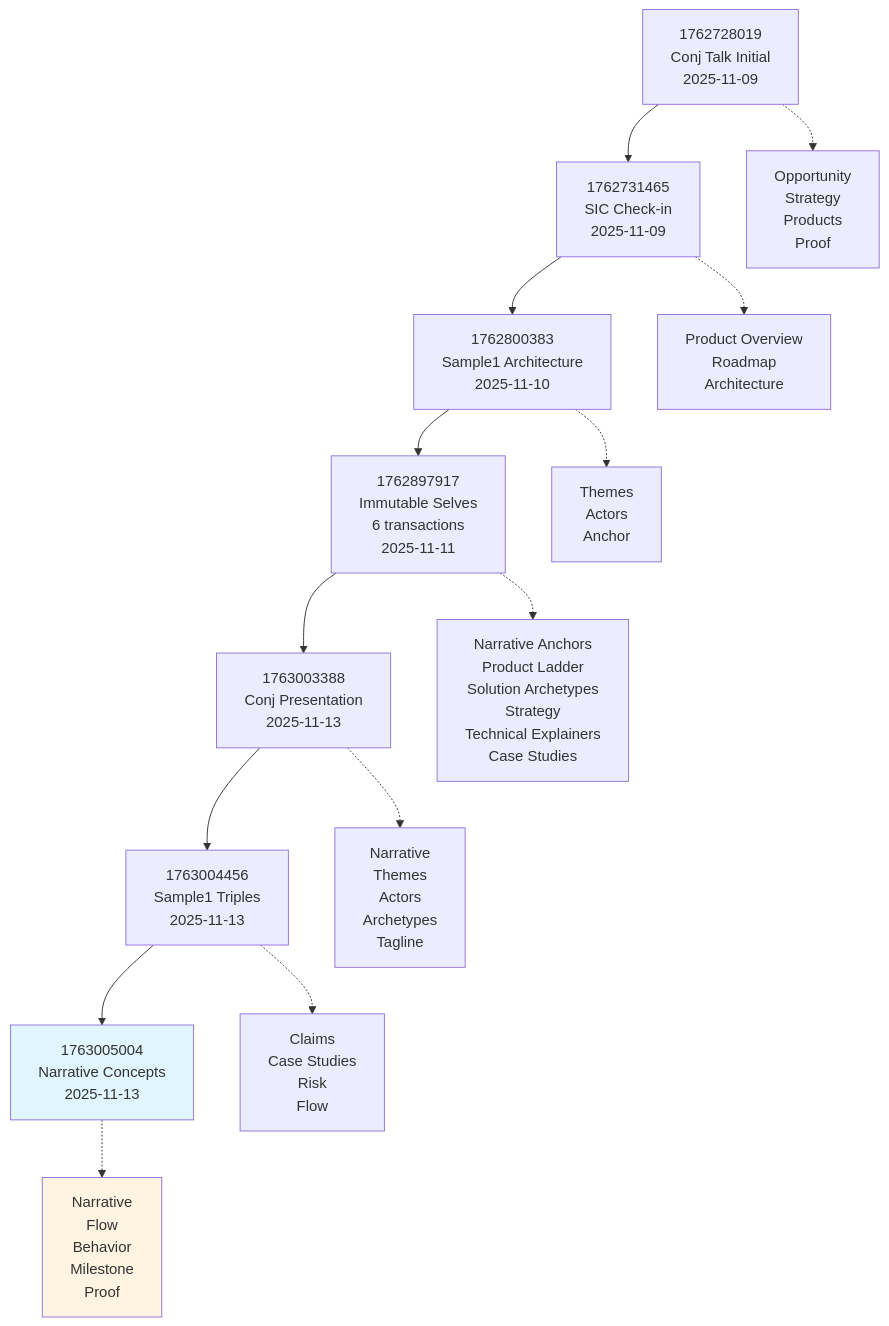
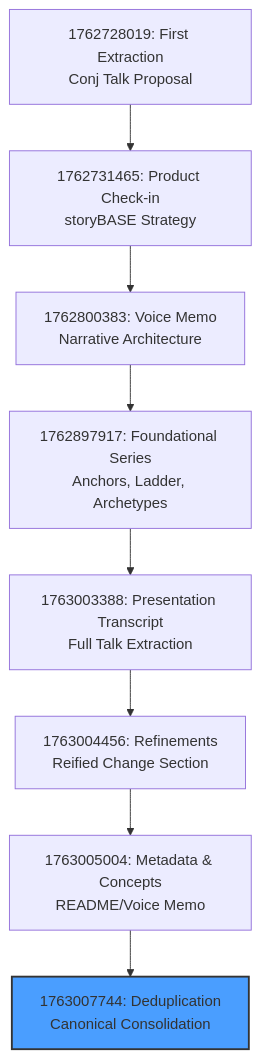
Before and after one commit to Synthetic-Identity-Co/conj-talk-2025: the first of 2 diagrams in README.md, drawn with Mermaid. The commit also changed other lines of this file, not shown here.

Commit message:
story:  b793a260b99de721794ccccd12d5cf66e0ccb543

````diff
--- a/README.md
+++ b/README.md
@@ -114,20 +105,12 @@
 ```mermaid
 graph TD
-    TX1[1762728019<br/>Conj Talk Initial<br/>2025-11-09] --> TX2[1762731465<br/>SIC Check-in<br/>2025-11-09]
-    TX2 --> TX3[1762800383<br/>Sample1 Architecture<br/>2025-11-10]
-    TX3 --> TX4[1762897917<br/>Immutable Selves<br/>6 transactions<br/>2025-11-11]
-    TX4 --> TX5[1763003388<br/>Conj Presentation<br/>2025-11-13]
-    TX5 --> TX6[1763004456<br/>Sample1 Triples<br/>2025-11-13]
-    TX6 --> TX7[1763005004<br/>Narrative Concepts<br/>2025-11-13]
+    A[1762728019: First Extraction<br/>Conj Talk Proposal] --> B[1762731465: Product Check-in<br/>storyBASE Strategy]
+    B --> C[1762800383: Voice Memo<br/>Narrative Architecture]
+    C --> D[1762897917: Foundational Series<br/>Anchors, Ladder, Archetypes]
+    D --> E[1763003388: Presentation Transcript<br/>Full Talk Extraction]
+    E --> F[1763004456: Refinements<br/>Reified Change Section]
+    F --> G[1763005004: Metadata & Concepts<br/>README/Voice Memo]
+    G --> H[1763007744: Deduplication<br/>Canonical Consolidation]
     
-    TX1 -.-> O1[Opportunity<br/>Strategy<br/>Products<br/>Proof]
-    TX2 -.-> O2[Product Overview<br/>Roadmap<br/>Architecture]
-    TX3 -.-> O3[Themes<br/>Actors<br/>Anchor]
-    TX4 -.-> O4[Narrative Anchors<br/>Product Ladder<br/>Solution Archetypes<br/>Strategy<br/>Technical Explainers<br/>Case Studies]
-    TX5 -.-> O5[Narrative<br/>Themes<br/>Actors<br/>Archetypes<br/>Tagline]
-    TX6 -.-> O6[Claims<br/>Case Studies<br/>Risk<br/>Flow]
-    TX7 -.-> O7[Narrative<br/>Flow<br/>Behavior<br/>Milestone<br/>Proof]
-    
-    style TX7 fill:#e1f5ff
-    style O7 fill:#fff4e1
+    style H fill:#4a9eff,stroke:#333,stroke-width:2px
 ```
````
